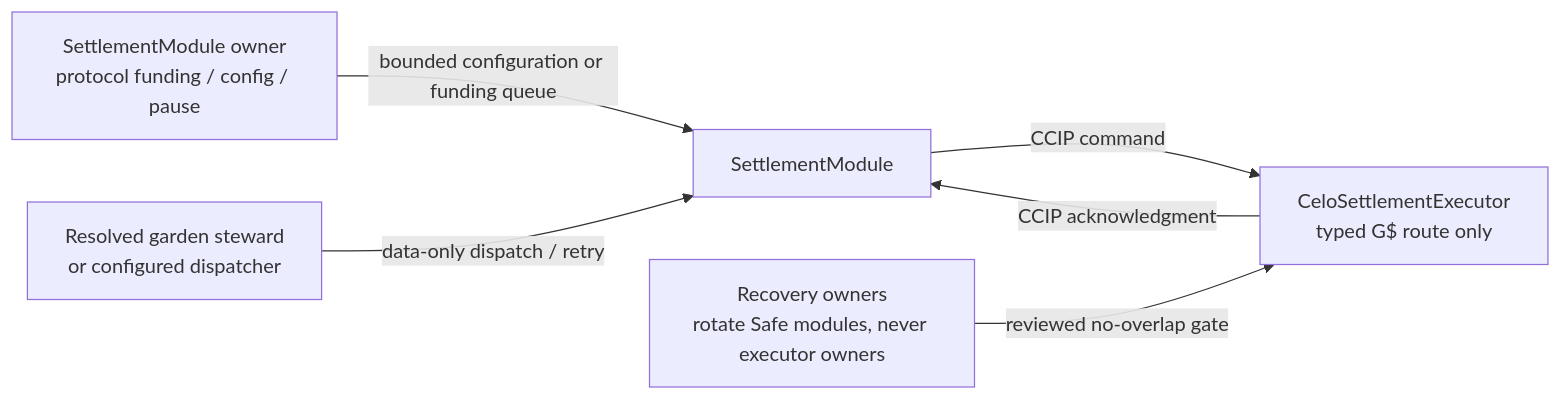
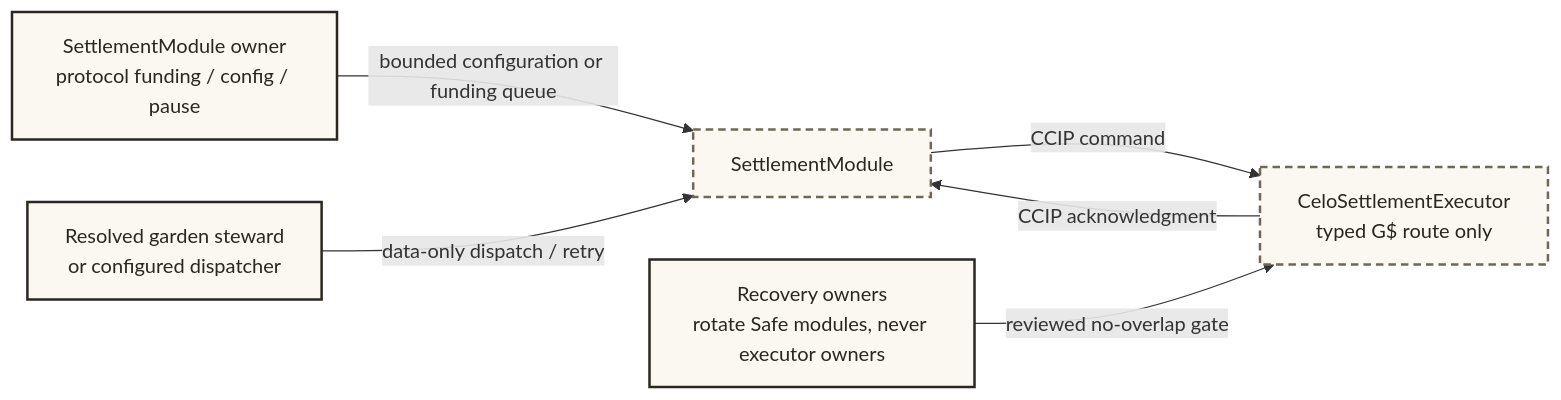
One commit to greenpill-dev-guild/green-goods changed diagram 29 of 36 in .plans/active/commitment-pooling/diagrams.md. Above: the diagram before and after it, drawn with Mermaid. The commit also changed other lines of this file and 2 other files, not shown here.

````diff
--- a/.plans/active/commitment-pooling/diagrams.md
+++ b/.plans/active/commitment-pooling/diagrams.md
@@ -1610,8 +1619,13 @@
 ```mermaid
 flowchart LR
   OWN["SettlementModule owner<br/>protocol funding / config / pause"] -->|"bounded configuration or funding queue"| SM["SettlementModule"]
   DSP["Resolved garden steward<br/>or configured dispatcher"] -->|"data-only dispatch / retry"| SM
   SM -->|"CCIP command"| EX["CeloSettlementExecutor<br/>typed G$ route only"]
   EX -->|"CCIP acknowledgment"| SM
   RO["Recovery owners<br/>rotate Safe modules, never executor owners"] -->|"reviewed no-overlap gate"| EX
+
+  classDef planned fill:#fbf8f2,stroke:#6e6857,stroke-width:2px,stroke-dasharray:6 4,color:#2a2722
+  classDef person fill:#fbf8f2,stroke:#2a2722,stroke-width:2px,color:#2a2722
+  class SM,EX planned
+  class OWN,DSP,RO person
 ```
````
